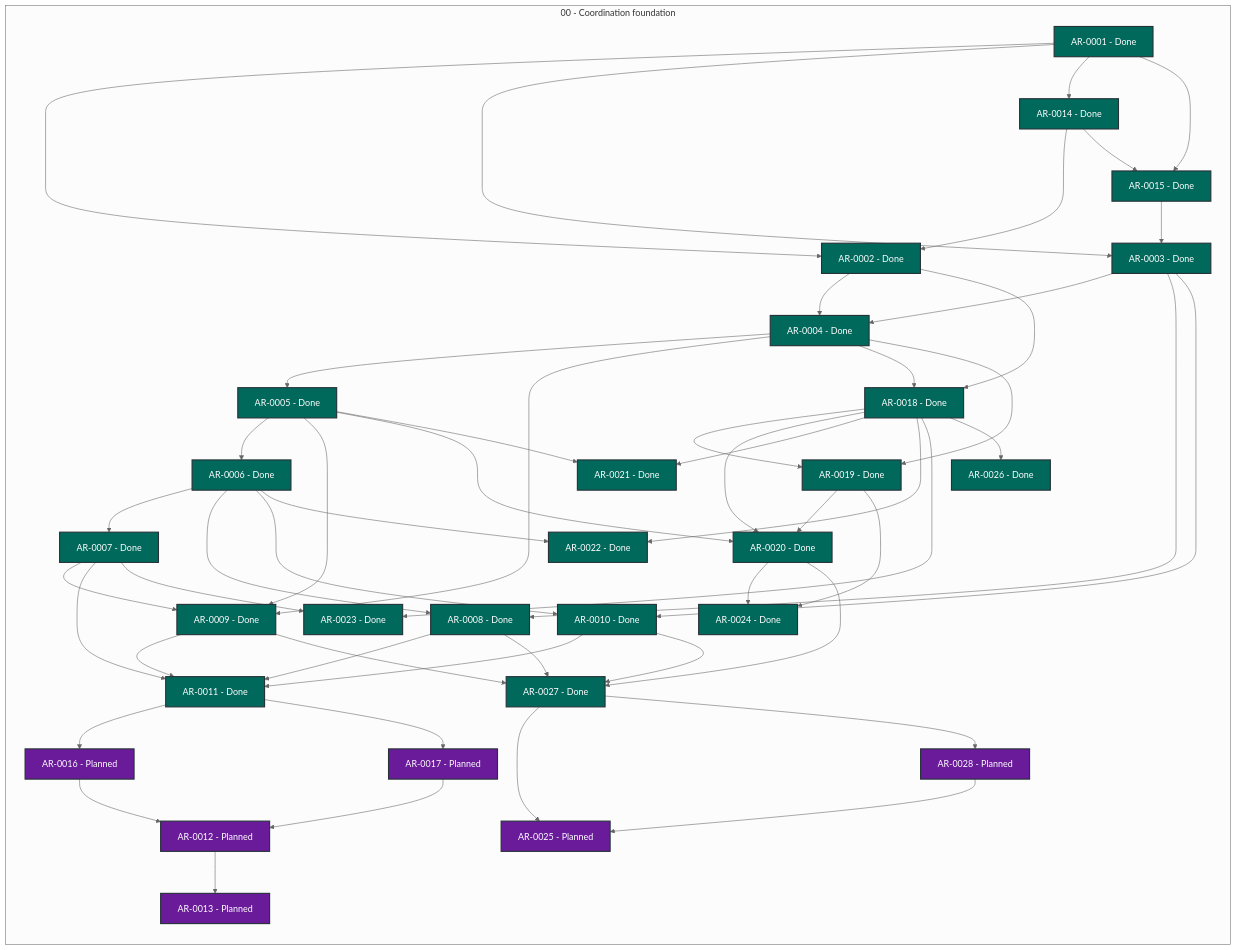
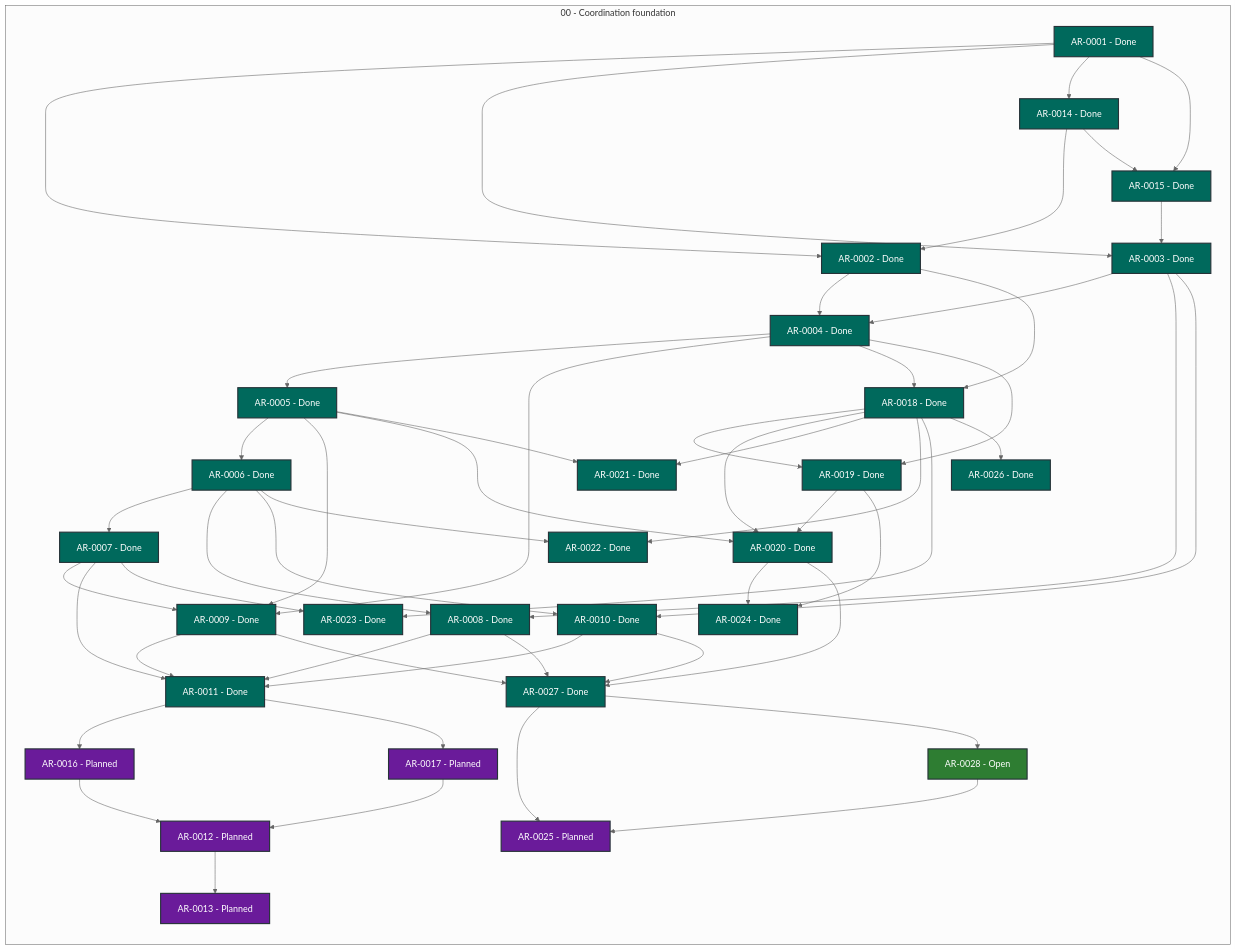
The diagram in STATUS.md (martin-beck/agent-workflow-tui-state), drawn with Mermaid (neutral theme) before and after one commit. The commit also changed other lines of this file and 2 other files, not shown here.

```diff
--- a/STATUS.md
+++ b/STATUS.md
@@ -55,7 +55,7 @@
         AR_0025["AR-0025 - Planned"]:::status_planned
         AR_0026["AR-0026 - Done"]:::status_done
         AR_0027["AR-0027 - Done"]:::status_done
-        AR_0028["AR-0028 - Planned"]:::status_planned
+        AR_0028["AR-0028 - Open"]:::status_open
     end
     AR_0001 --> AR_0002
     AR_0001 --> AR_0003
```
